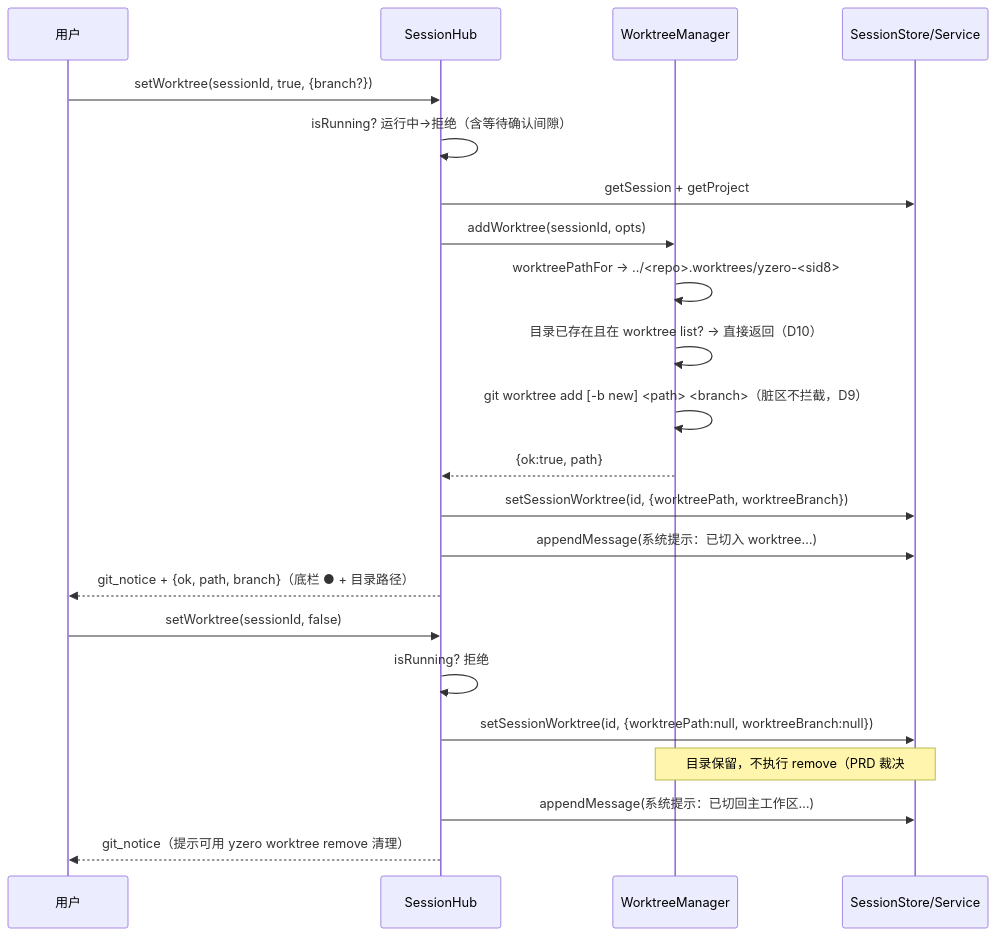
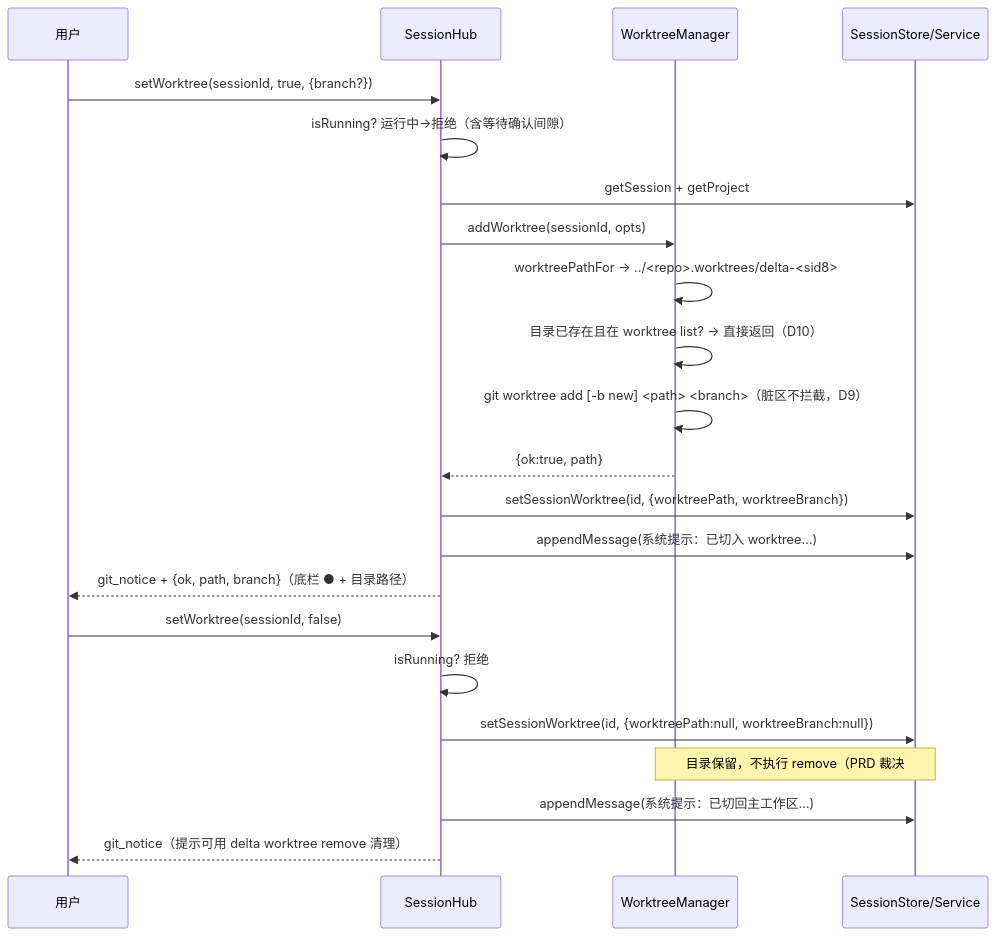
One commit to lwly/delta-agent changed the second of 4 diagrams in docs/design-f37-git-worktree.md. Above: the diagram before and after it, drawn with Mermaid. The commit also changed other lines of this file and 175 other files, not shown here.

````diff
--- a/docs/design-f37-git-worktree.md
+++ b/docs/design-f37-git-worktree.md
@@ -222,26 +222,26 @@
 ```mermaid
 sequenceDiagram
     participant U as 用户
     participant Hub as SessionHub
     participant WM as WorktreeManager
     participant DB as SessionStore/Service
 
     U->>Hub: setWorktree(sessionId, true, {branch?})
     Hub->>Hub: isRunning? 运行中→拒绝（含等待确认间隙）
     Hub->>DB: getSession + getProject
     Hub->>WM: addWorktree(sessionId, opts)
-    WM->>WM: worktreePathFor → ../<repo>.worktrees/yzero-<sid8>
+    WM->>WM: worktreePathFor → ../<repo>.worktrees/delta-<sid8>
     WM->>WM: 目录已存在且在 worktree list? → 直接返回（D10）
     WM->>WM: git worktree add [-b new] <path> <branch>（脏区不拦截，D9）
     WM-->>Hub: {ok:true, path}
     Hub->>DB: setSessionWorktree(id, {worktreePath, worktreeBranch})
     Hub->>DB: appendMessage(系统提示：已切入 worktree…)
     Hub-->>U: git_notice + {ok, path, branch}（底栏 ● + 目录路径）
 
     U->>Hub: setWorktree(sessionId, false)
     Hub->>Hub: isRunning? 拒绝
     Hub->>DB: setSessionWorktree(id, {worktreePath:null, worktreeBranch:null})
     Note over WM,DB: 目录保留，不执行 remove（PRD 裁决 #3）
     Hub->>DB: appendMessage(系统提示：已切回主工作区…)
-    Hub-->>U: git_notice（提示可用 yzero worktree remove 清理）
+    Hub-->>U: git_notice（提示可用 delta worktree remove 清理）
 ```
````
